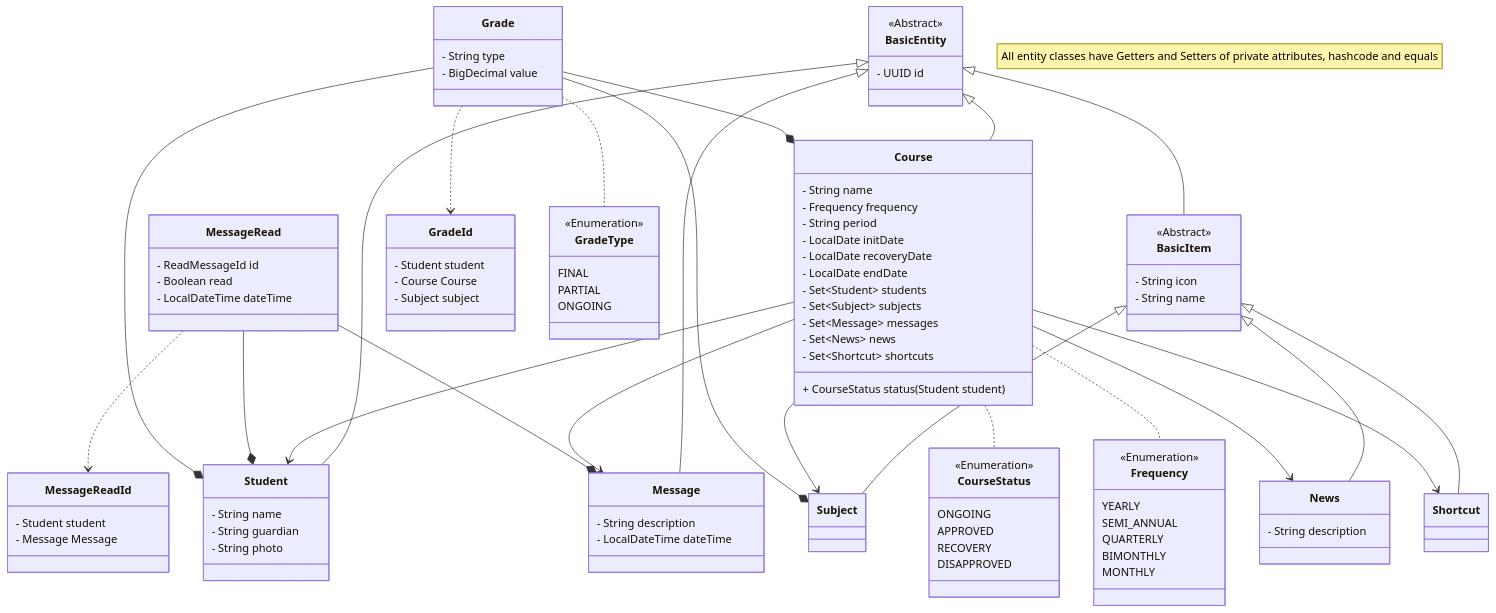
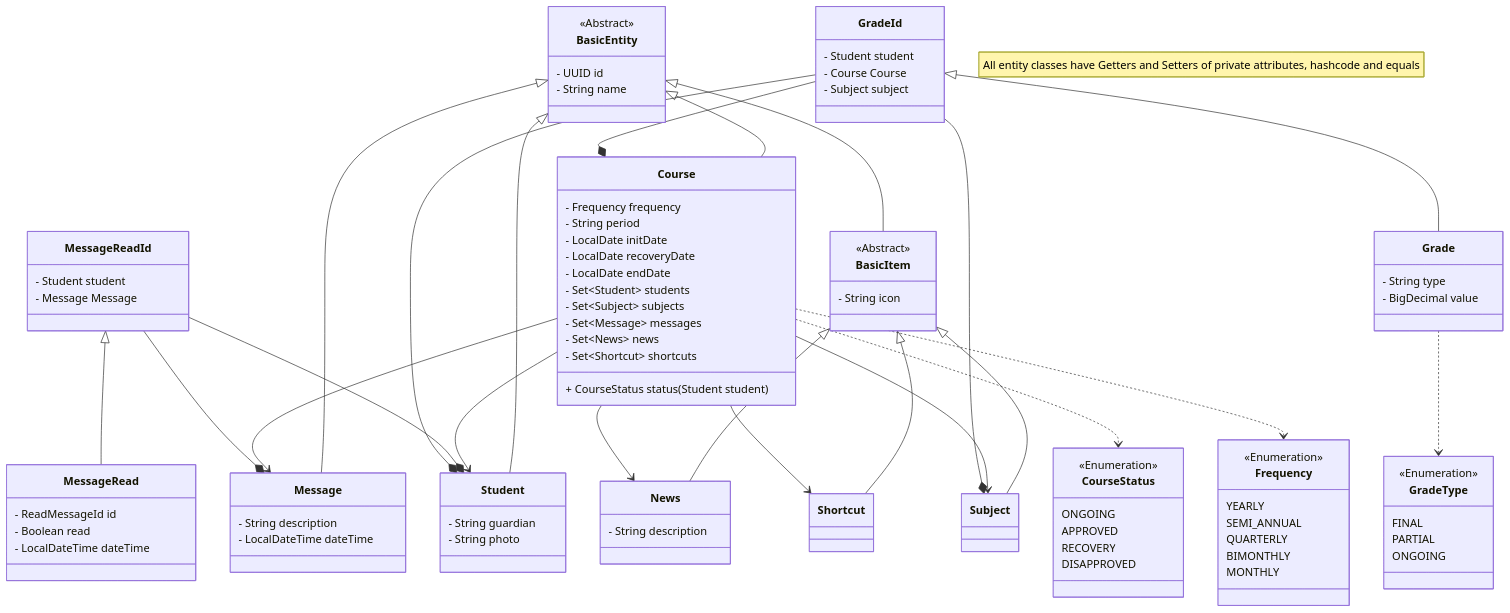
Before and after one commit to didifive/ess-api: the second of 2 diagrams in README.md, drawn with Mermaid. The commit also changed other lines of this file, not shown here.

Commit message:
docs: update class diagram

````diff
--- a/README.md
+++ b/README.md
@@ -165,22 +165,20 @@
     class BasicEntity {
     <<Abstract>>
         - UUID id
+        - String name
     }
     
     class BasicItem {
     <<Abstract>>
         - String icon
-        - String name
     }
-    
+
     class Student {
-        - String name
         - String guardian
         - String photo
     }
-    
+
     class Course {
-        - String name
         - Frequency frequency
         - String period
         - LocalDate initDate
@@ -193,7 +191,7 @@
         - Set~Shortcut~ shortcuts
         + CourseStatus status(Student student)
     }
-    
+
     class Frequency {
         <<Enumeration>>
         YEARLY
@@ -202,7 +200,7 @@
         BIMONTHLY
         MONTHLY
     }
-    
+
     class CourseStatus {
         <<Enumeration>>
         ONGOING
@@ -210,49 +208,47 @@
         RECOVERY
         DISAPPROVED
     }
-    
-    
-    
+
     class Message {
         - String description
         - LocalDateTime dateTime
     }
-    
+
     class MessageRead {
         - ReadMessageId id
         - Boolean read
         - LocalDateTime dateTime
     }
-    
+
     class MessageReadId {
         - Student student
         - Message Message
     }
-    
+
     class News {
         - String description
     }
-    
+
     class Grade {
         - String type
         - BigDecimal value
     }
-    
+
     class GradeId {
         - Student student
         - Course Course
         - Subject subject
     }
-    
+
     class GradeType {
         <<Enumeration>>
         FINAL
         PARTIAL
         ONGOING
     }
-    
+
     class Shortcut
-    
+
     class Subject
 
     BasicEntity <|-- Student
@@ -267,14 +263,14 @@
     Course --> Message
     Course --> News
     Course --> Shortcut
-    Course .. CourseStatus
-    Course .. Frequency
-    MessageRead ..> MessageReadId
-    MessageRead --* Message
-    MessageRead --* Student
-    Grade ..> GradeId
-    Grade .. GradeType
-    Grade --* Student
-    Grade --* Course
-    Grade --* Subject
+    Course ..> CourseStatus
+    Course ..> Frequency
+    MessageReadId <|-- MessageRead 
+    MessageReadId --* Student
+    MessageReadId --* Message
+    Grade ..> GradeType
+    GradeId <|-- Grade
+    GradeId --* Student
+    GradeId --* Course
+    GradeId --* Subject
 ``` 
````
